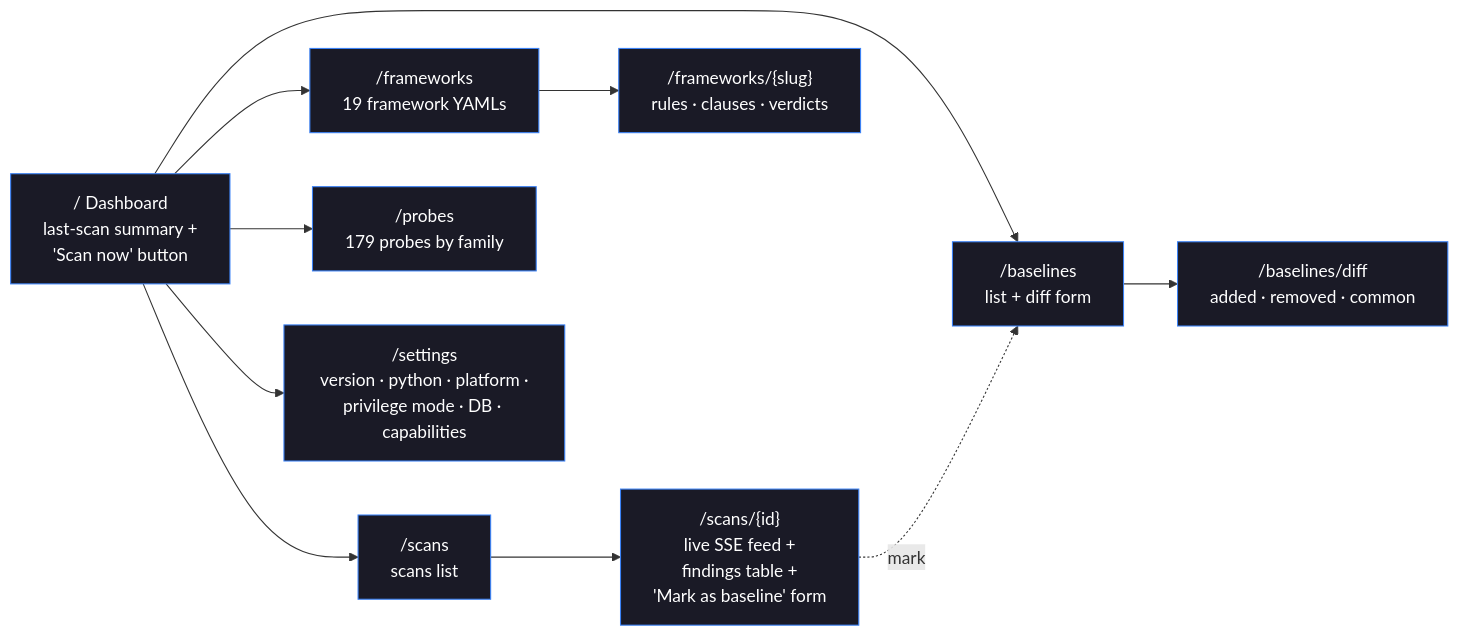
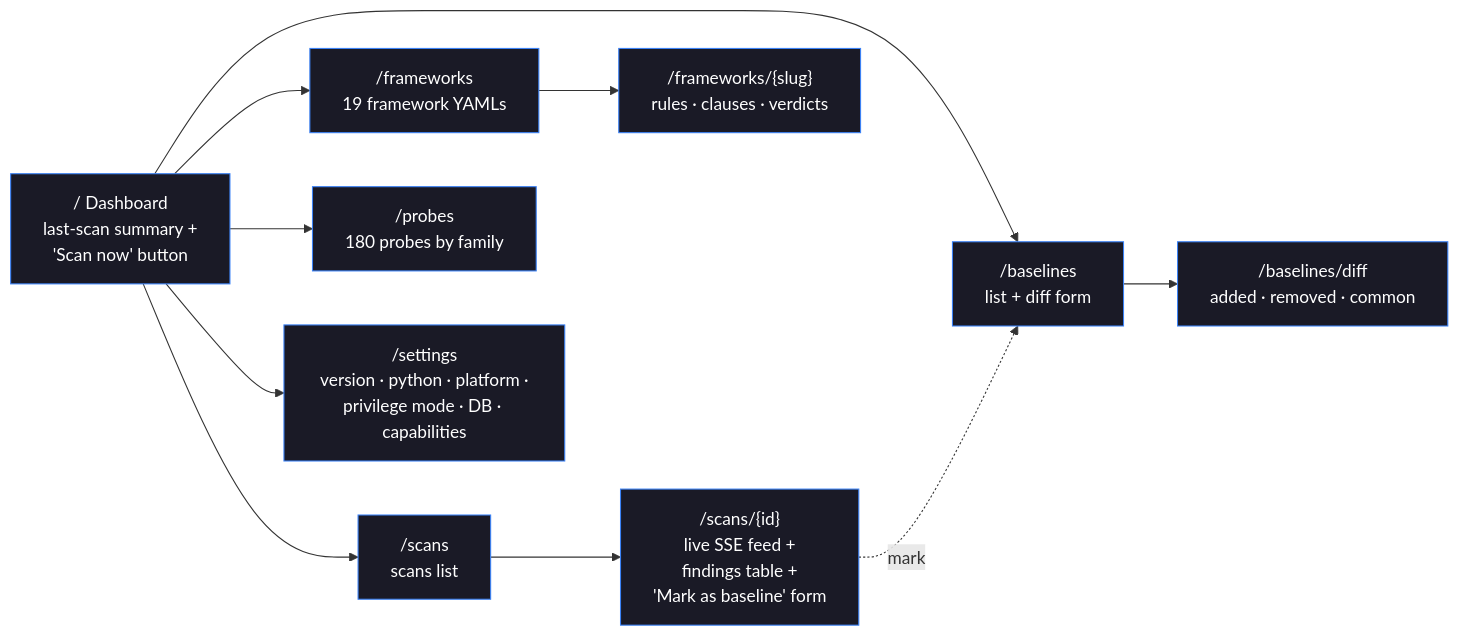
The third of 6 diagrams in README.md (orengacademy/pqc-scanner2), drawn with Mermaid before and after one commit. The commit also changed other lines of this file and 64 other files, not shown here.

````diff
--- a/README.md
+++ b/README.md
@@ -342,22 +346,22 @@
 ```mermaid
 flowchart LR
     HOME["/  Dashboard<br/>last-scan summary +<br/>'Scan now' button"]
     SCANS["/scans<br/>scans list"]
     DETAIL["/scans/{id}<br/>live SSE feed +<br/>findings table +<br/>'Mark as baseline' form"]
     FRAMEWORKS["/frameworks<br/>19 framework YAMLs"]
     FW_DET["/frameworks/{slug}<br/>rules · clauses · verdicts"]
-    PROBES["/probes<br/>179 probes by family"]
+    PROBES["/probes<br/>180 probes by family"]
     BASELINES["/baselines<br/>list + diff form"]
     DIFF["/baselines/diff<br/>added · removed · common"]
     SETTINGS["/settings<br/>version · python · platform ·<br/>privilege mode · DB · capabilities"]
 
     HOME --> SCANS --> DETAIL
     HOME --> FRAMEWORKS --> FW_DET
     HOME --> PROBES
     HOME --> BASELINES --> DIFF
     DETAIL -.mark.-> BASELINES
     HOME --> SETTINGS
 
     classDef page fill:#1a1a26,color:#fff,stroke:#3b82f6
     class HOME,SCANS,DETAIL,FRAMEWORKS,FW_DET,PROBES,BASELINES,DIFF,SETTINGS page
 ```
````
